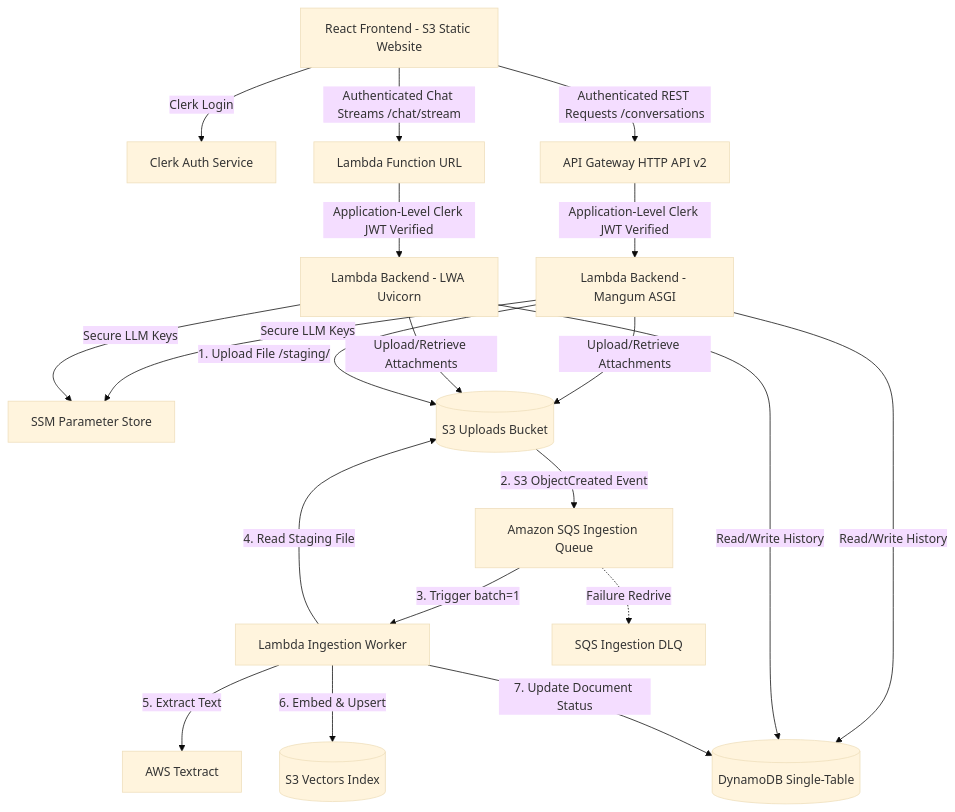
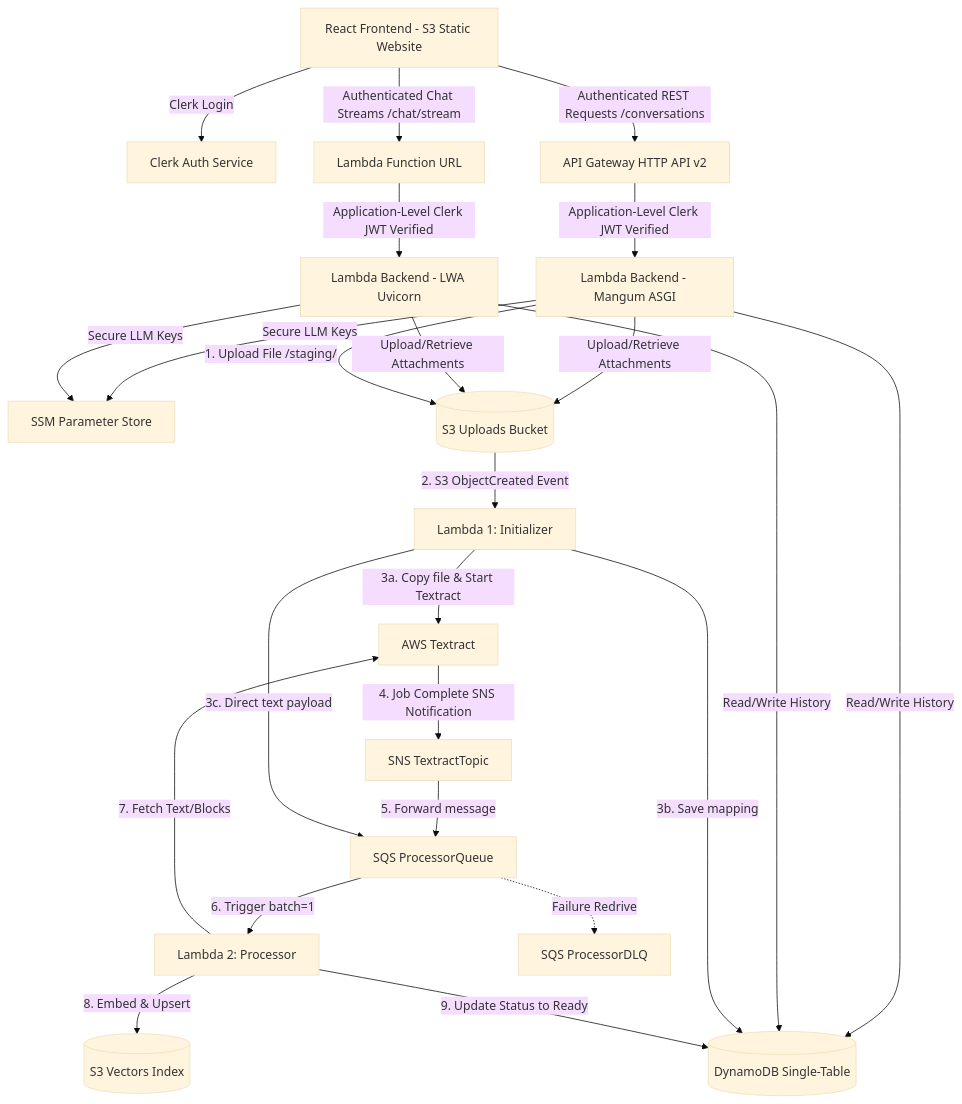
The diagram in docs/AWS_SAM_TEMPLATE_ANALYSIS.md (Hari31416/chatbot-aws), drawn with Mermaid (base theme) before and after one commit. The commit also changed other lines of this file and 16 other files, not shown here.

First line of the commit message:
feat(infra): implement hybrid two-lambda ingestion

````diff
--- a/docs/AWS_SAM_TEMPLATE_ANALYSIS.md
+++ b/docs/AWS_SAM_TEMPLATE_ANALYSIS.md
@@ -21,22 +21,31 @@
 ```mermaid
 graph TD
     Client[React Frontend - S3 Static Website] -->|Clerk Login| Clerk[Clerk Auth Service]
     Client -->|Authenticated REST Requests /conversations| APIGateway[API Gateway HTTP API v2]
     APIGateway -->|Application-Level Clerk JWT Verified| LambdaRest[Lambda Backend - Mangum ASGI]
     Client -->|Authenticated Chat Streams /chat/stream| FURL[Lambda Function URL]
     FURL -->|Application-Level Clerk JWT Verified| LambdaStream[Lambda Backend - LWA Uvicorn]
 
     LambdaRest & LambdaStream -->|Read/Write History| DynamoDB[(DynamoDB Single-Table)]
     LambdaRest & LambdaStream -->|Secure LLM Keys| SSM[SSM Parameter Store]
     LambdaRest & LambdaStream -->|Upload/Retrieve Attachments| S3Uploads[(S3 Uploads Bucket)]
 
     %% Asynchronous Ingestion Flow
     LambdaRest -->|1. Upload File /staging/| S3Uploads
-    S3Uploads -->|2. S3 ObjectCreated Event| SQS[Amazon SQS Ingestion Queue]
-    SQS -->|3. Trigger batch=1| Worker[Lambda Ingestion Worker]
-    Worker -->|4. Read Staging File| S3Uploads
-    Worker -->|5. Extract Text| Textract[AWS Textract]
-    Worker -->|6. Embed & Upsert| VS[(S3 Vectors Index)]
-    Worker -->|7. Update Document Status| DynamoDB
-    SQS -.->|Failure Redrive| DLQ[SQS Ingestion DLQ]
+    S3Uploads -->|2. S3 ObjectCreated Event| L1[Lambda 1: Initializer]
+
+    %% Binary path
+    L1 -->|3a. Copy file & Start Textract| Textract[AWS Textract]
+    L1 -->|3b. Save mapping| DynamoDB
+    Textract -->|4. Job Complete SNS Notification| SNS[SNS TextractTopic]
+    SNS -->|5. Forward message| SQS[SQS ProcessorQueue]
+
+    %% Text path
+    L1 -->|3c. Direct text payload| SQS
+
+    SQS -->|6. Trigger batch=1| L2[Lambda 2: Processor]
+    L2 -->|7. Fetch Text/Blocks| Textract
+    L2 -->|8. Embed & Upsert| VS[(S3 Vectors Index)]
+    L2 -->|9. Update Status to Ready| DynamoDB
+    SQS -.->|Failure Redrive| DLQ[SQS ProcessorDLQ]
 ```
````
